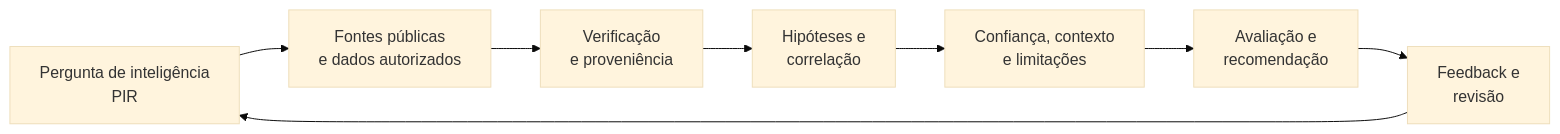
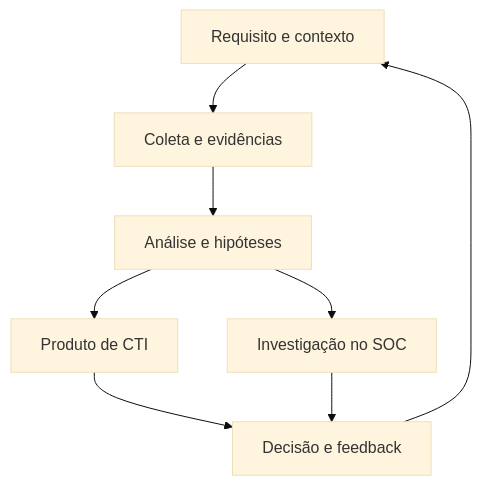
Before and after one commit to Ridd1kulusC0d3r/CyberThreatIntelligence: the diagram in README.md, drawn with Mermaid (base theme). The commit also changed other lines of this file and 58 other files, not shown here.

Commit message:
feat: add advanced CTI and SOC learning paths with labs and modern visual identity

````diff
--- a/README.md
+++ b/README.md
@@ -41,10 +44,10 @@
 ```mermaid
-flowchart LR
-  A["Pergunta de inteligência<br/>PIR"] --> B["Fontes públicas<br/>e dados autorizados"]
-  B --> C["Verificação<br/>e proveniência"]
-  C --> D["Hipóteses e<br/>correlação"]
-  D --> E["Confiança, contexto<br/>e limitações"]
-  E --> F["Avaliação e<br/>recomendação"]
-  F --> G["Feedback e<br/>revisão"]
-  G --> A
+flowchart TD
+  A["Requisito e contexto"] --> B["Coleta e evidências"]
+  B --> C["Análise e hipóteses"]
+  C --> D["Produto de CTI"]
+  C --> E["Investigação no SOC"]
+  D --> F["Decisão e feedback"]
+  E --> F
+  F --> A
 ```
````
